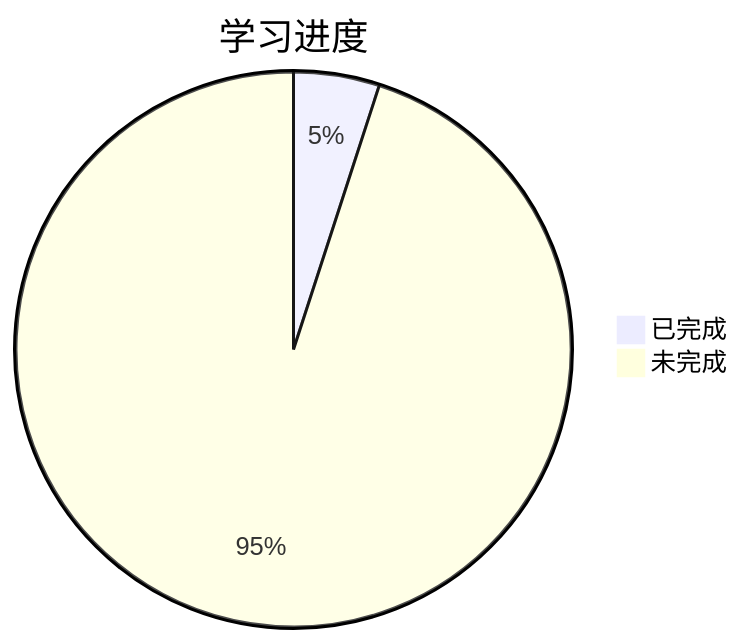
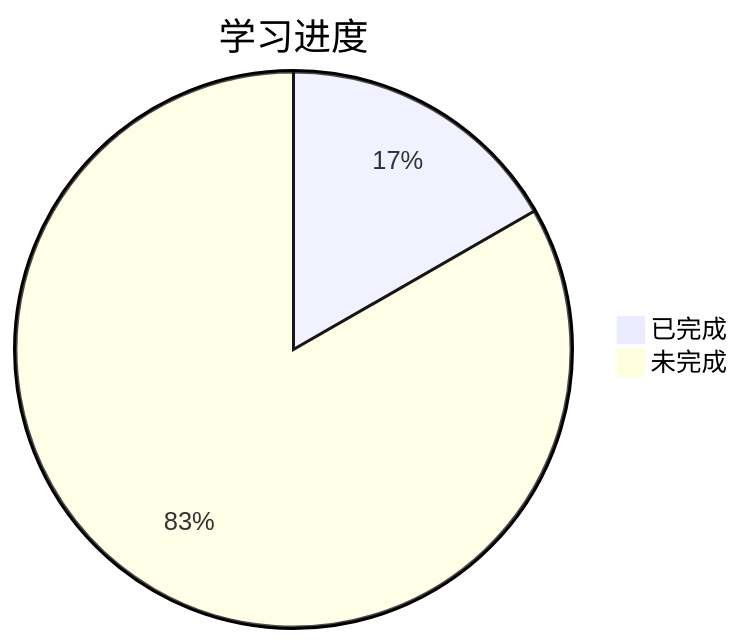
One commit to zq-bj/computer_principle changed the diagram in src/progress.md. Above: the diagram before and after it, drawn with Mermaid. The commit also changed other lines of this file and 5 other files, not shown here.

````diff
--- a/src/progress.md
+++ b/src/progress.md
@@ -14,5 +14,5 @@
 ```mermaid
 pie title 学习进度
-    "已完成" : 5
-    "未完成" : 95
+    "已完成" : 16.7
+    "未完成" : 83.3
 ```
````
